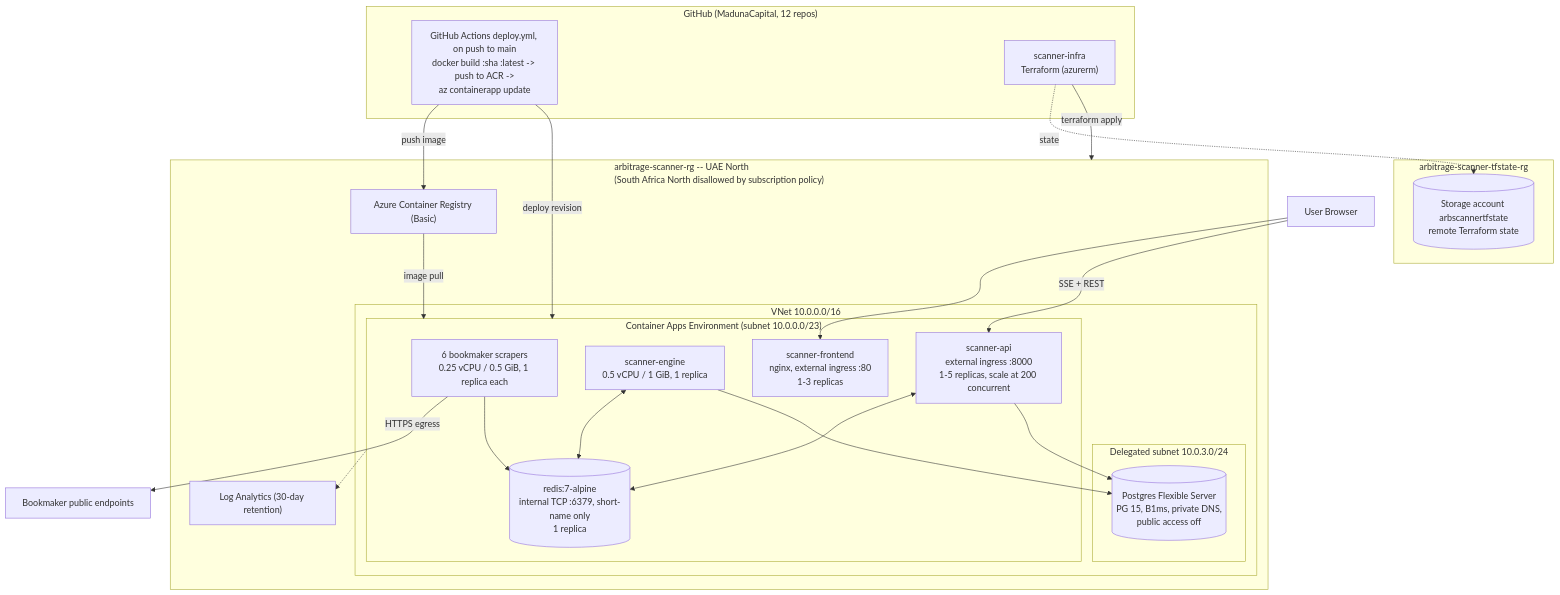
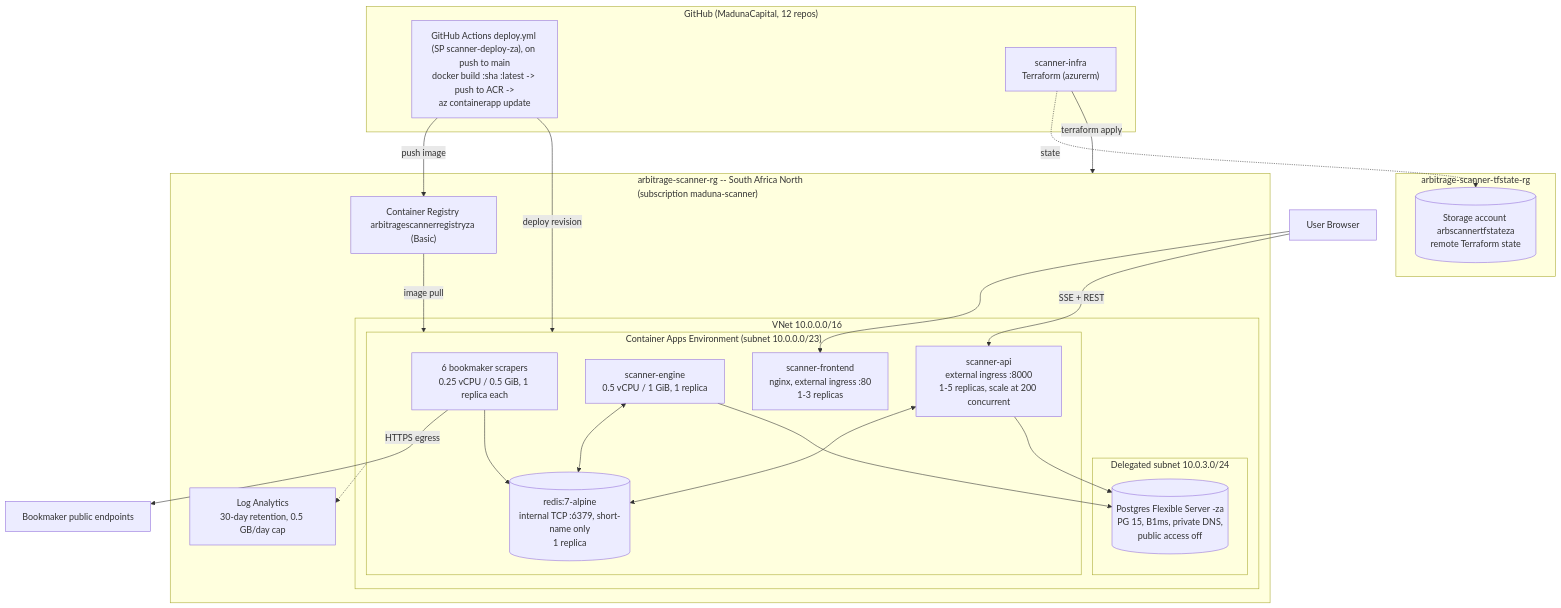
The third of 6 diagrams in docs/architecture-diagrams.md (MadunaCapital/scanner-schemas), drawn with Mermaid before and after one commit. The commit also changed other lines of this file and 2 other files, not shown here.

Commit message:
As-built docs: live in South Africa North, cost breakdown, migration notes
Infrastructure section now describes the maduna-scanner subscription
(URLs, za-suffixed names, CI identity), records the first deployment's
history, and adds a Cost section: measured $18.70/day, 86% Log
Analytics, the fix, and the expected ~$95-100/month now. Diagrams
regenerated to match.

````diff
--- a/docs/architecture-diagrams.md
+++ b/docs/architecture-diagrams.md
@@ -104,46 +104,46 @@
 ```mermaid
 flowchart TB
     subgraph GH["GitHub (MadunaCapital, 12 repos)"]
-        ACT["GitHub Actions deploy.yml, on push to main<br/>docker build :sha :latest -> push to ACR -><br/>az containerapp update"]
+        ACT["GitHub Actions deploy.yml (SP scanner-deploy-za), on push to main<br/>docker build :sha :latest -> push to ACR -><br/>az containerapp update"]
         TF["scanner-infra<br/>Terraform (azurerm)"]
     end
 
     subgraph StateRG["arbitrage-scanner-tfstate-rg"]
-        STATE[("Storage account arbscannertfstate<br/>remote Terraform state")]
+        STATE[("Storage account arbscannertfstateza<br/>remote Terraform state")]
     end
 
-    subgraph Azure["arbitrage-scanner-rg -- UAE North<br/>(South Africa North disallowed by subscription policy)"]
+    subgraph Azure["arbitrage-scanner-rg -- South Africa North<br/>(subscription maduna-scanner)"]
         subgraph VNet["VNet 10.0.0.0/16"]
             subgraph CAEnv["Container Apps Environment (subnet 10.0.0.0/23)"]
                 SCR["6 bookmaker scrapers<br/>0.25 vCPU / 0.5 GiB, 1 replica each"]
                 ENG["scanner-engine<br/>0.5 vCPU / 1 GiB, 1 replica"]
                 REDIS[("redis:7-alpine<br/>internal TCP :6379, short-name only<br/>1 replica")]
                 API["scanner-api<br/>external ingress :8000<br/>1-5 replicas, scale at 200 concurrent"]
                 FE["scanner-frontend<br/>nginx, external ingress :80<br/>1-3 replicas"]
             end
             subgraph PGNet["Delegated subnet 10.0.3.0/24"]
-                PG[("Postgres Flexible Server<br/>PG 15, B1ms, private DNS,<br/>public access off")]
+                PG[("Postgres Flexible Server -za<br/>PG 15, B1ms, private DNS,<br/>public access off")]
             end
         end
-        ACR["Azure Container Registry (Basic)"]
-        LOGS["Log Analytics (30-day retention)"]
+        ACR["Container Registry arbitragescannerregistryza (Basic)"]
+        LOGS["Log Analytics<br/>30-day retention, 0.5 GB/day cap"]
     end
 
     USERBROWSER["User Browser"]
     BOOKS["Bookmaker public endpoints"]
 
     ACT -->|push image| ACR
     ACT -->|deploy revision| CAEnv
     TF -->|terraform apply| Azure
     TF -.->|state| STATE
     ACR -->|image pull| CAEnv
     SCR -->|HTTPS egress| BOOKS
     SCR --> REDIS
     ENG <--> REDIS
     API <--> REDIS
     ENG --> PG
     API --> PG
     CAEnv -.-> LOGS
     USERBROWSER --> FE
     USERBROWSER -->|SSE + REST| API
 ```
````
